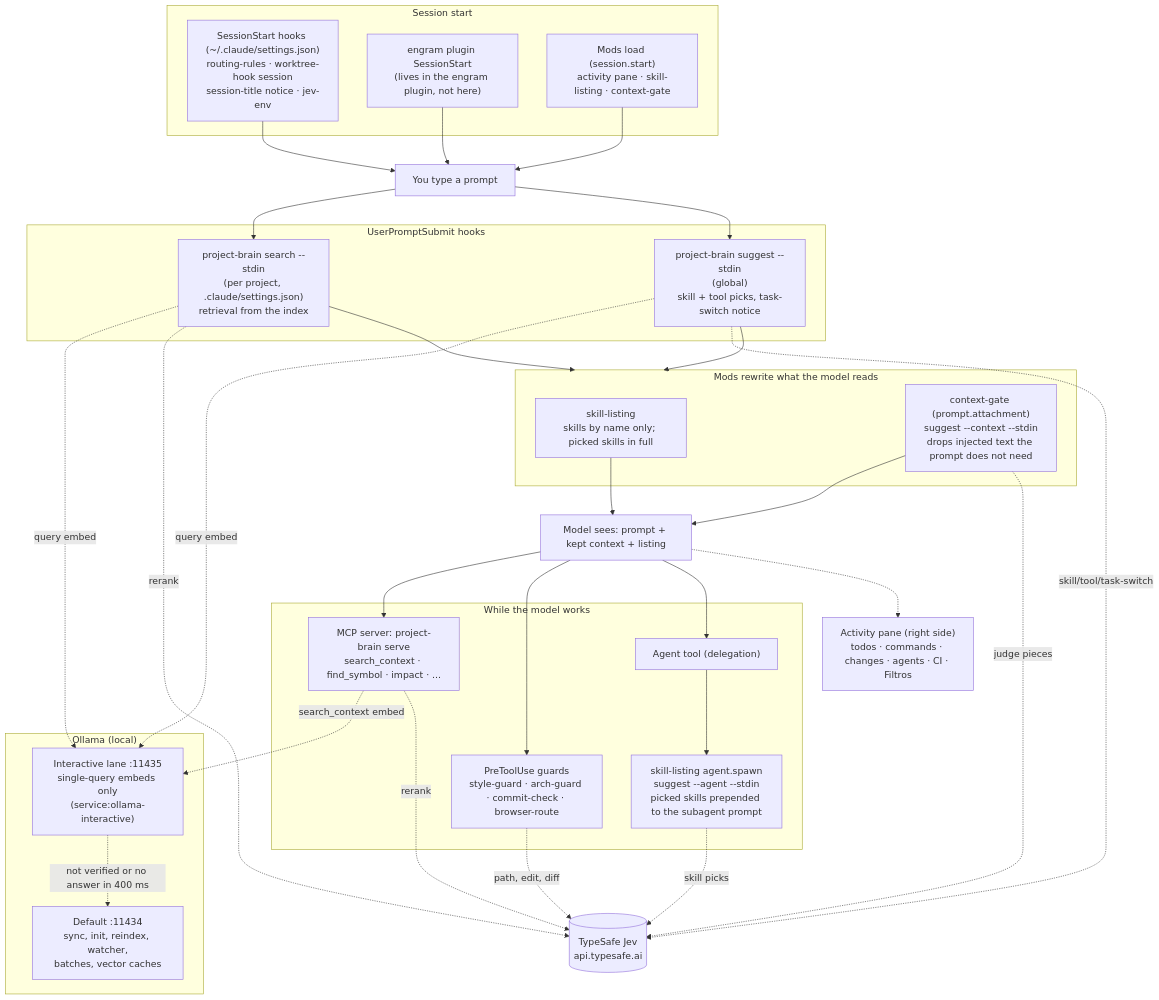
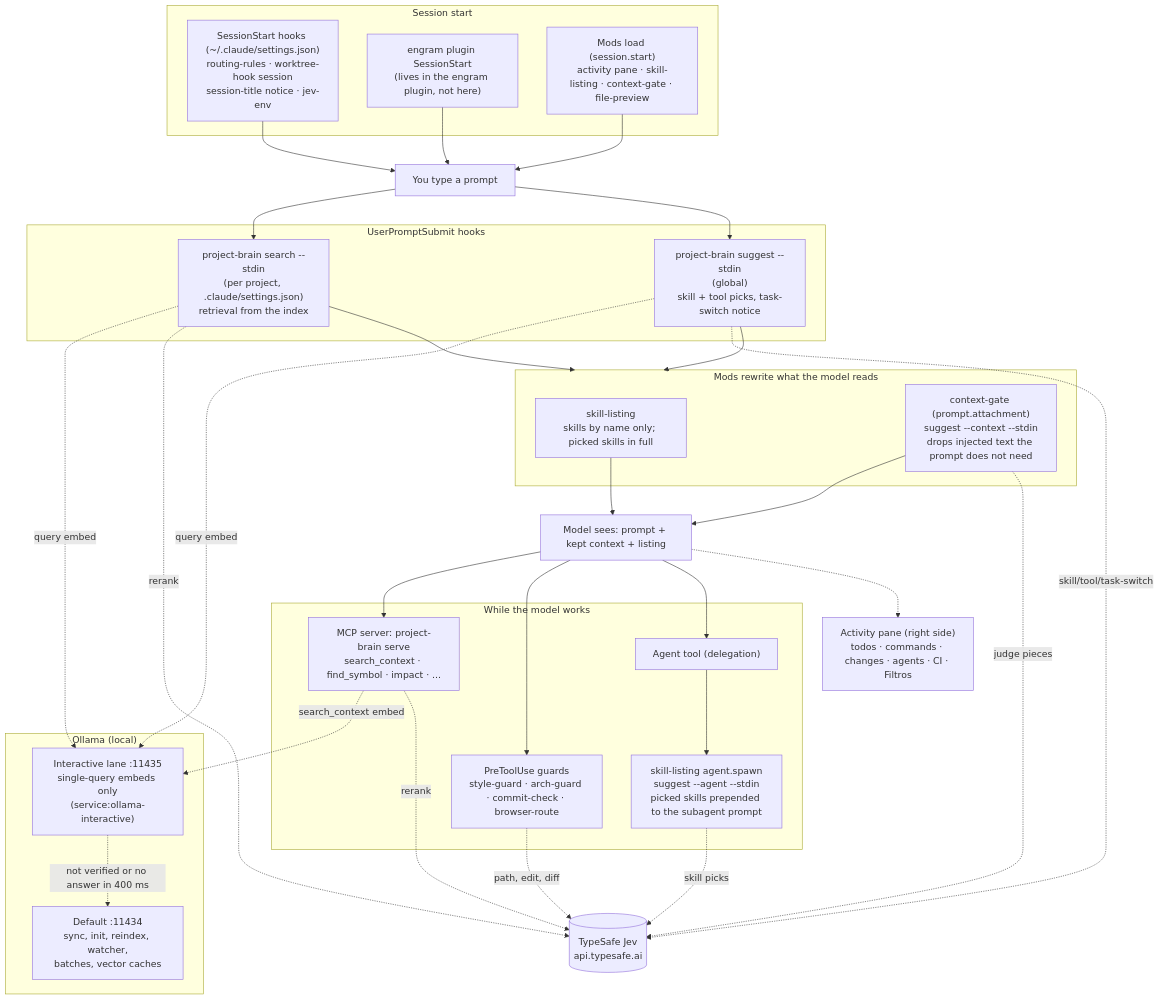
One commit to jcsoftdev/project-brain changed the diagram in docs/flow-map.md. Above: the diagram before and after it, drawn with Mermaid. The commit also changed other lines of this file and 11 other files, not shown here.

````diff
--- a/docs/flow-map.md
+++ b/docs/flow-map.md
@@ -18,62 +18,62 @@
 ```mermaid
 flowchart TD
   subgraph START["Session start"]
     S1["SessionStart hooks (~/.claude/settings.json)<br/>routing-rules · worktree-hook session<br/>session-title notice · jev-env"]
     S2["engram plugin SessionStart<br/>(lives in the engram plugin, not here)"]
-    S3["Mods load (session.start)<br/>activity pane · skill-listing · context-gate"]
+    S3["Mods load (session.start)<br/>activity pane · skill-listing · context-gate · file-preview"]
   end
 
   P["You type a prompt"]
 
   subgraph UPS["UserPromptSubmit hooks"]
     U1["project-brain search --stdin<br/>(per project, .claude/settings.json)<br/>retrieval from the index"]
     U2["project-brain suggest --stdin<br/>(global)<br/>skill + tool picks, task-switch notice"]
   end
 
   subgraph MODS["Mods rewrite what the model reads"]
     M1["skill-listing<br/>skills by name only; picked skills in full"]
     M2["context-gate (prompt.attachment)<br/>suggest --context --stdin<br/>drops injected text the prompt does not need"]
   end
 
   MODEL["Model sees: prompt + kept context + listing"]
 
   subgraph TOOLS["While the model works"]
     T1["MCP server: project-brain serve<br/>search_context · find_symbol · impact · ..."]
     T2["PreToolUse guards<br/>style-guard · arch-guard · commit-check · browser-route"]
     T3["Agent tool (delegation)"]
     T4["skill-listing agent.spawn<br/>suggest --agent --stdin<br/>picked skills prepended to the subagent prompt"]
   end
 
   PANE["Activity pane (right side)<br/>todos · commands · changes · agents · CI · Filtros"]
 
   subgraph OLLAMA["Ollama (local)"]
     O1["Interactive lane :11435<br/>single-query embeds only<br/>(service:ollama-interactive)"]
     O2["Default :11434<br/>sync, init, reindex, watcher,<br/>batches, vector caches"]
   end
 
   JEV[("TypeSafe Jev<br/>api.typesafe.ai")]
 
   S1 --> P
   S2 --> P
   S3 --> P
   P --> U1 --> MODS
   P --> U2 --> MODS
   M1 --> MODEL
   M2 --> MODEL
   MODEL --> T1
   MODEL --> T2
   MODEL --> T3 --> T4
   MODEL -.-> PANE
 
   U1 -.query embed.-> O1
   U2 -.query embed.-> O1
   T1 -.search_context embed.-> O1
   O1 -.not verified or no answer in 400 ms.-> O2
 
   U1 -.rerank.-> JEV
   U2 -.skill/tool/task-switch.-> JEV
   M2 -.judge pieces.-> JEV
   T4 -.skill picks.-> JEV
   T1 -.rerank.-> JEV
   T2 -.path, edit, diff.-> JEV
 ```
````
